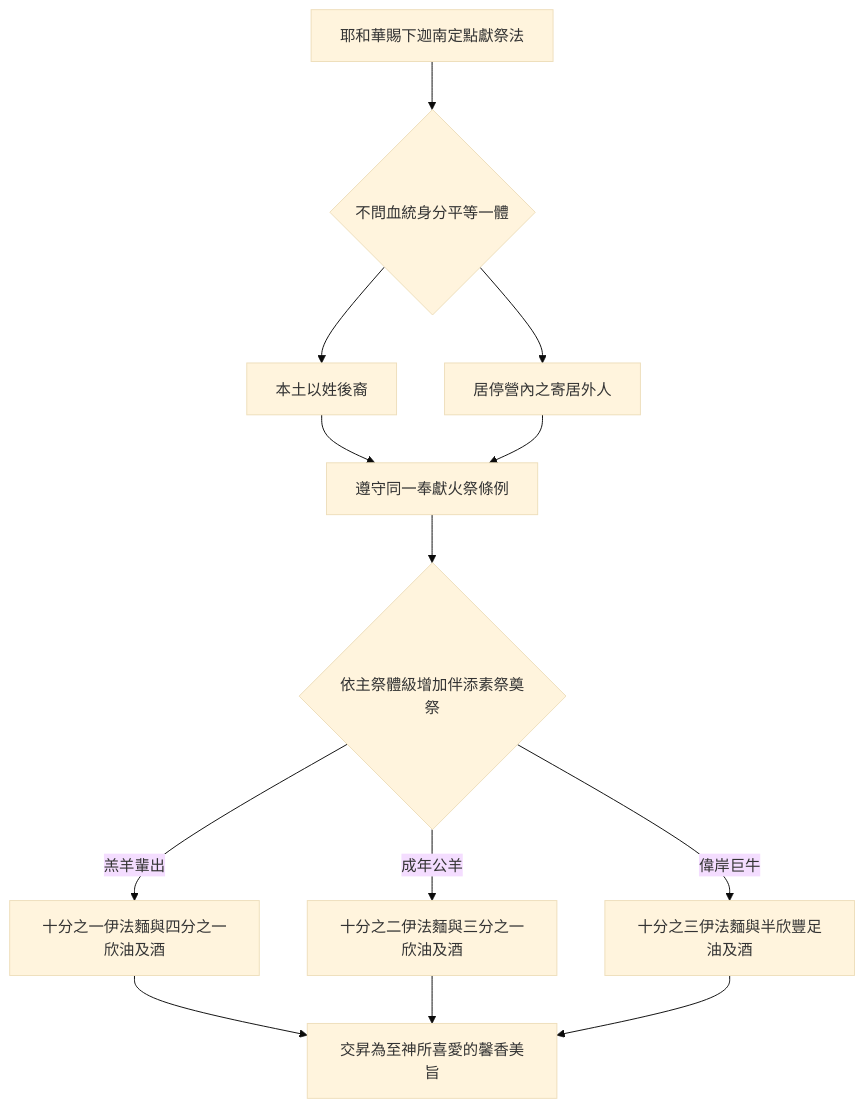
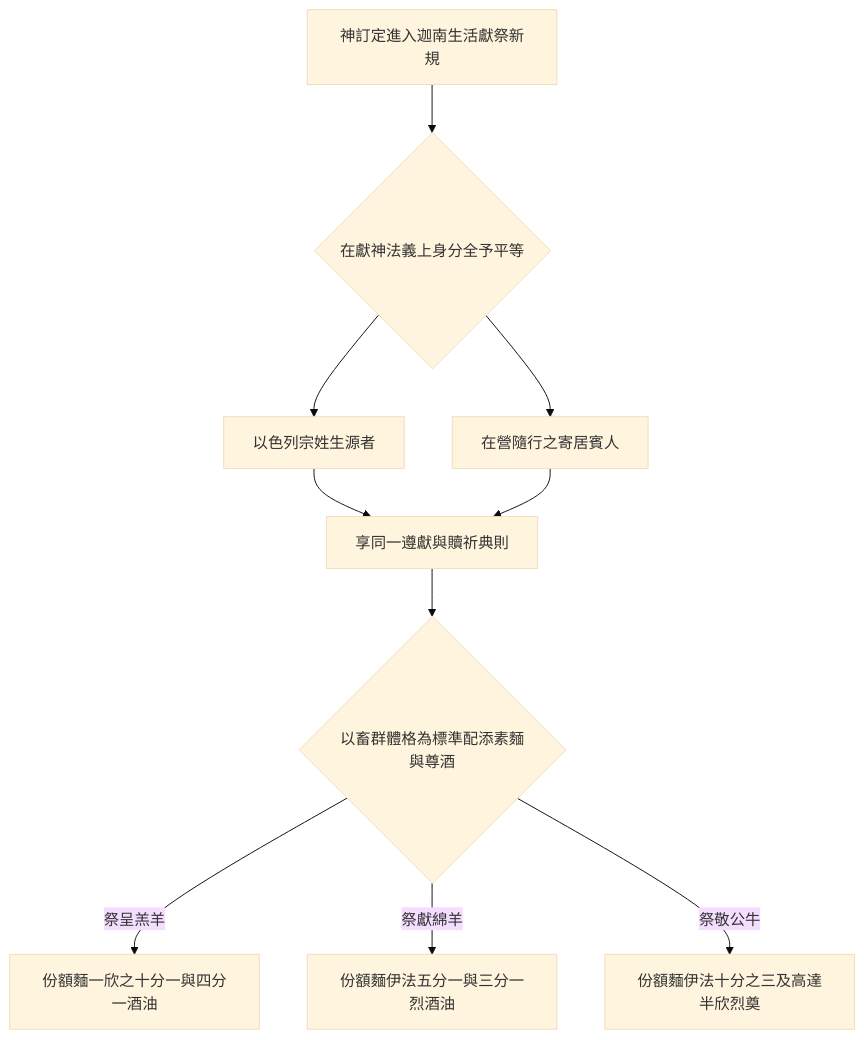
The first of 3 diagrams in 04 民數記/第15章.md (andyjr5566/Bible_wiki_zh), drawn with Mermaid (base theme) before and after one commit. The commit also changed other lines of this file and 22 other files, not shown here.

````diff
--- a/04 民數記/第15章.md
+++ b/04 民數記/第15章.md
@@ -91,15 +93,11 @@
 ```mermaid
 flowchart TD
-    A["耶和華賜下迦南定點獻祭法"] --> B{"不問血統身分平等一體"}
-    B --> C["本土以姓後裔"]
-    B --> D["居停營內之寄居外人"]
-    C --> E["遵守同一奉獻火祭條例"]
-    D --> E
-    E --> F{"依主祭體級增加伴添素祭奠祭"}
-    F -->|羔羊輩出| G["十分之一伊法麵與四分之一欣油及酒"]
-    F -->|成年公羊| H["十分之二伊法麵與三分之一欣油及酒"]
-    F -->|偉岸巨牛| I["十分之三伊法麵與半欣豐足油及酒"]
-    G --> J["交昇為至神所喜愛的馨香美旨"]
-    H --> J
-    I --> J
+    A["神訂定進入迦南生活獻祭新規"] --> B{"在獻神法義上身分全予平等"}
+    B --> C["以色列宗姓生源者"]
+    B --> D["在營隨行之寄居賓人"]
+    C & D --> E["享同一遵獻與贖祈典則"]
+    E --> F{"以畜群體格為標準配添素麵與尊酒"}
+    F -->|祭呈羔羊| G["份額麵一欣之十分一與四分一酒油"]
+    F -->|祭獻綿羊| H["份額麵伊法五分一與三分一烈酒油"]
+    F -->|祭敬公牛| I["份額麵伊法十分之三及高達半欣烈奠"]
 ```
````
